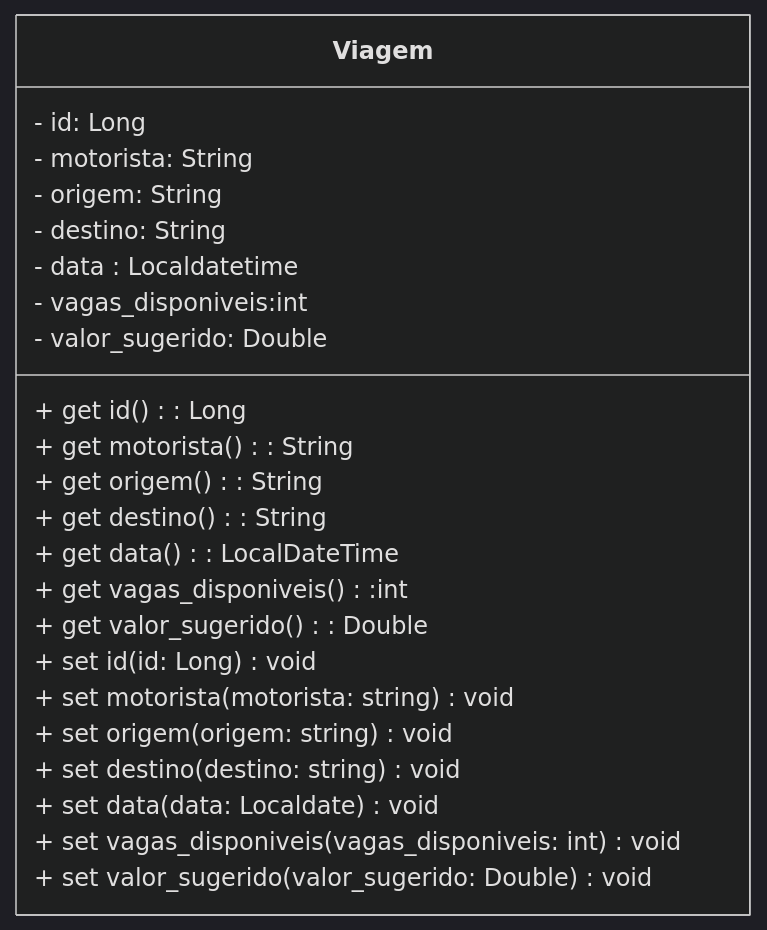
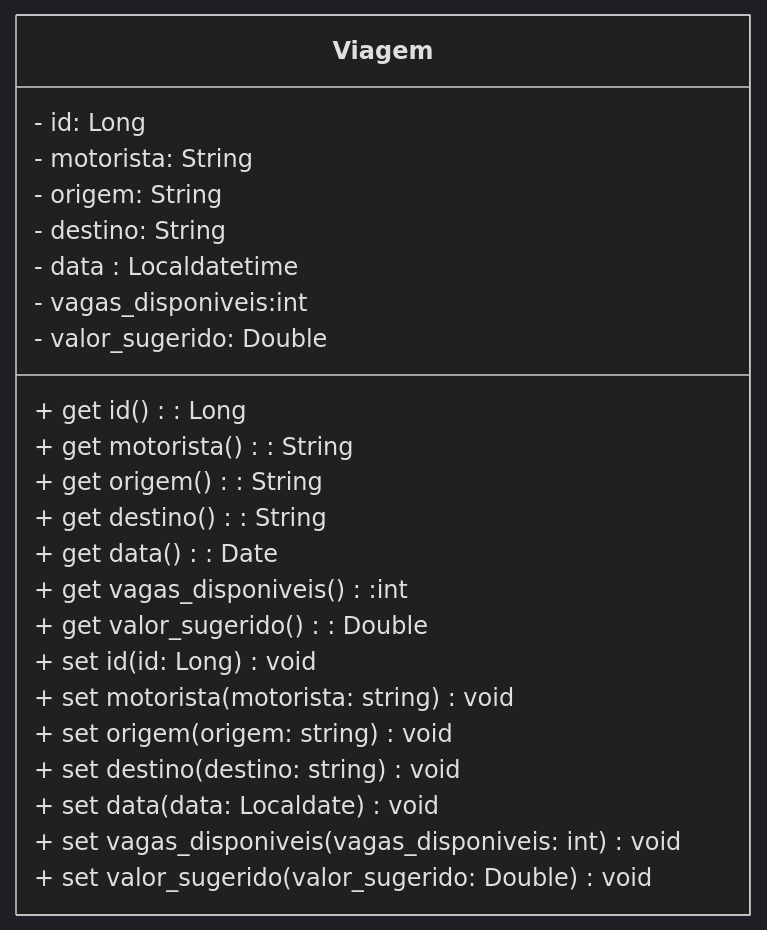
The first of 2 diagrams in README.md (InovaHer/InovaHer-Projeto-Carona), drawn with Mermaid (dark theme) before and after one commit. The commit also changed other lines of this file, not shown here.

First line of the commit message:
Change data type and add ER diagram

````diff
--- a/README.md
+++ b/README.md
@@ -34,29 +34,29 @@
 ```mermaid
 
 
 classDiagram
 class Viagem {
   - id: Long
   - motorista: String
   - origem: String
   - destino: String
   - data : Localdatetime
   - vagas_disponiveis:int
   - valor_sugerido: Double
   + get id() : Long
   + get motorista() : String
   + get origem() : String
   + get destino() : String
-  + get data() : LocalDateTime
+  + get data() : Date
   + get vagas_disponiveis():int
   + get valor_sugerido(): Double
   + set id(id: Long) void
   + set motorista(motorista: string) void
   + set origem(origem: string) void
   + set destino(destino: string) void
   + set data(data: Localdate) void
   + set vagas_disponiveis(vagas_disponiveis: int) void
   + set valor_sugerido(valor_sugerido: Double) void
 }
 
 ```
````
